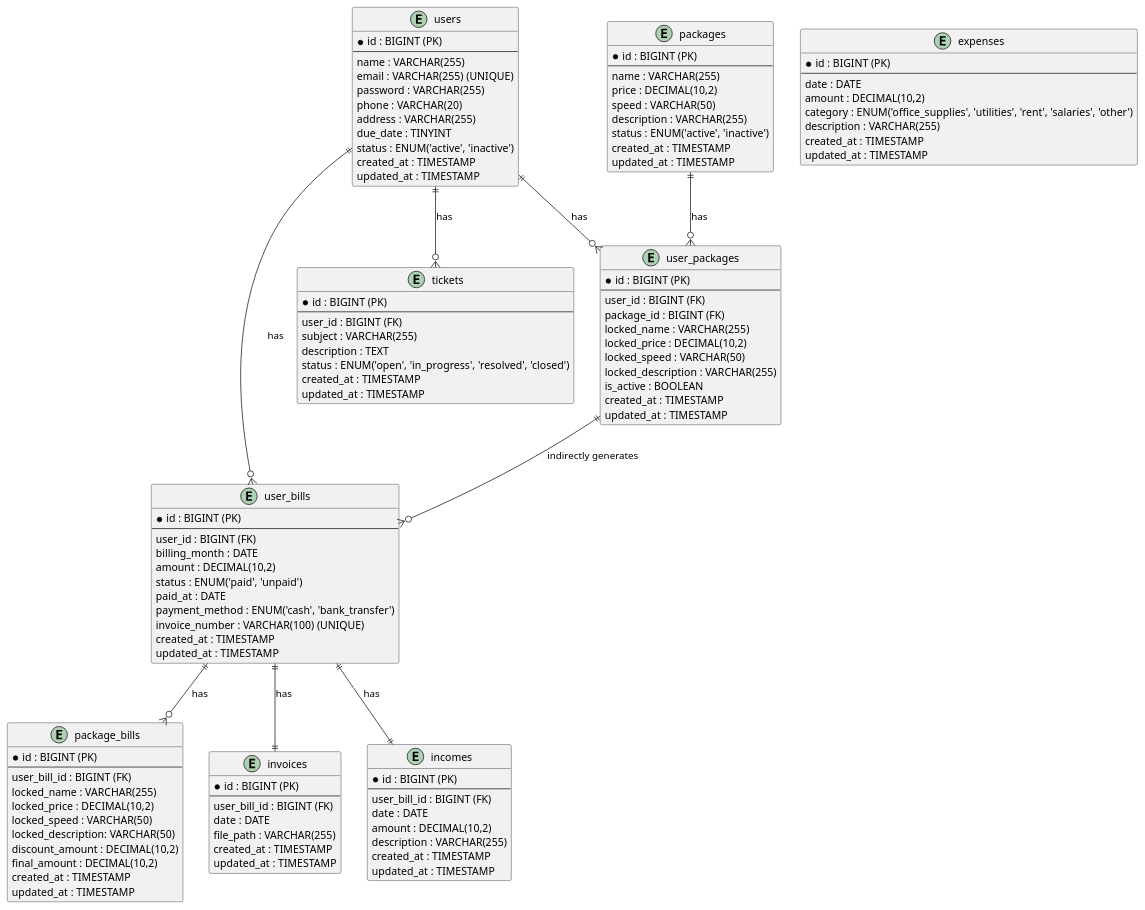
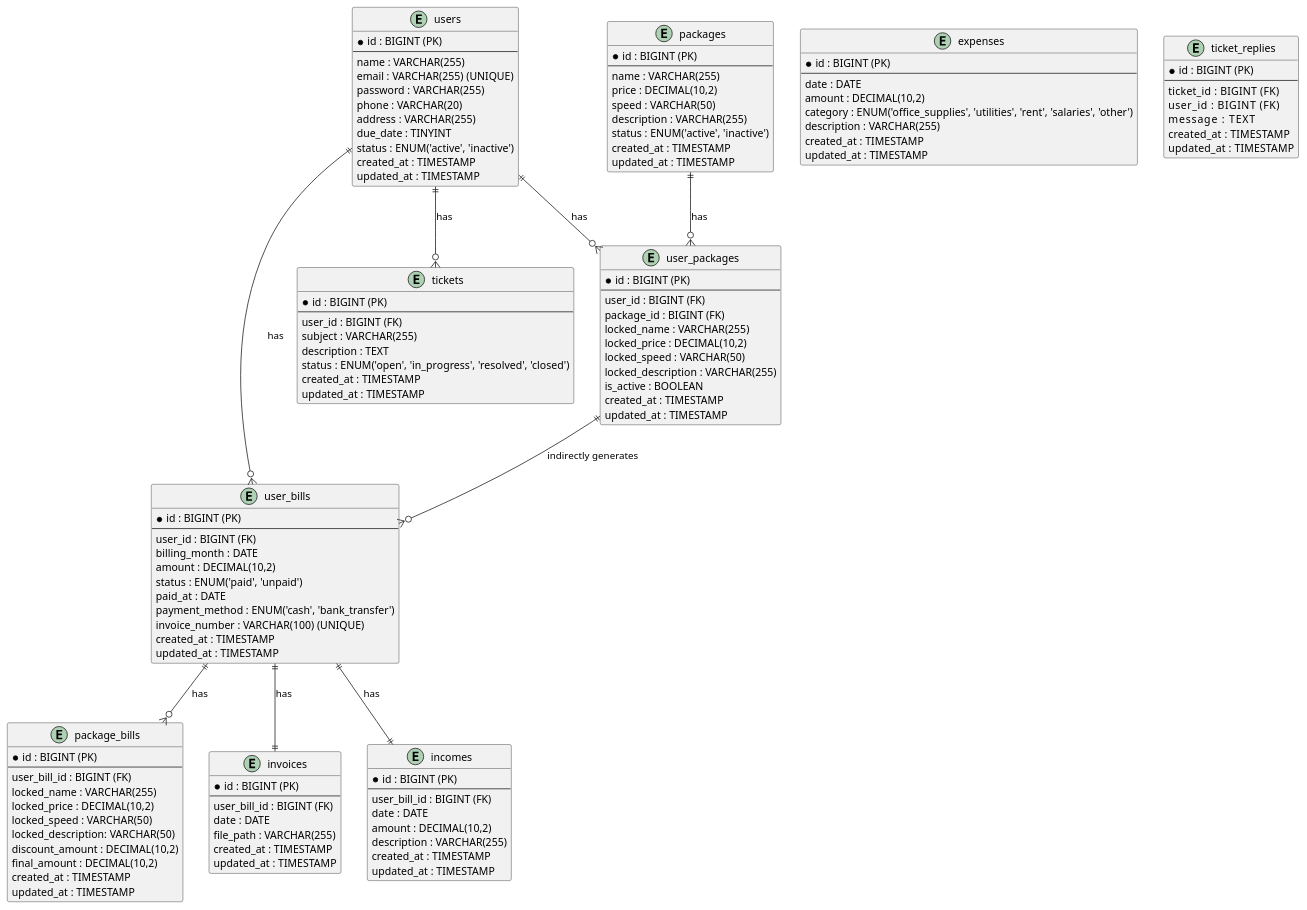
Before and after one commit to glhrzk/billing-service-project: the diagram in billing_database_structure.puml, drawn with PlantUML. The commit also changed 53 other files, not shown here.

```diff
--- a/billing_database_structure.puml
+++ b/billing_database_structure.puml
@@ -1,123 +1,133 @@
 @startuml
 
 entity users {
   * id : BIGINT (PK)
   --
   name : VARCHAR(255)
   email : VARCHAR(255) (UNIQUE)
   password : VARCHAR(255)
   phone : VARCHAR(20)
   address : VARCHAR(255)
   due_date : TINYINT
   status : ENUM('active', 'inactive')
   created_at : TIMESTAMP
   updated_at : TIMESTAMP
 }
 
 entity packages {
   * id : BIGINT (PK)
   --
   name : VARCHAR(255)
   price : DECIMAL(10,2)
   speed : VARCHAR(50)
   description : VARCHAR(255)
   status : ENUM('active', 'inactive')
   created_at : TIMESTAMP
   updated_at : TIMESTAMP
 }
 
 entity user_packages {
   * id : BIGINT (PK)
   --
   user_id : BIGINT (FK)
   package_id : BIGINT (FK)
   locked_name : VARCHAR(255)
   locked_price : DECIMAL(10,2)
   locked_speed : VARCHAR(50)
   locked_description : VARCHAR(255)
   is_active : BOOLEAN
   created_at : TIMESTAMP
   updated_at : TIMESTAMP
 }
 
 entity user_bills {
   * id : BIGINT (PK)
   --
   user_id : BIGINT (FK)
   billing_month : DATE
   amount : DECIMAL(10,2)
   status : ENUM('paid', 'unpaid')
   paid_at : DATE
   payment_method : ENUM('cash', 'bank_transfer')
   invoice_number : VARCHAR(100) (UNIQUE)
   created_at : TIMESTAMP
   updated_at : TIMESTAMP
 }
 
 entity package_bills {
   * id : BIGINT (PK)
   --
   user_bill_id : BIGINT (FK)
   locked_name : VARCHAR(255)
   locked_price : DECIMAL(10,2)
   locked_speed : VARCHAR(50)
   locked_description: VARCHAR(50)
   discount_amount : DECIMAL(10,2)
   final_amount : DECIMAL(10,2)
   created_at : TIMESTAMP
   updated_at : TIMESTAMP
 }
 
 entity invoices {
   * id : BIGINT (PK)
   --
   user_bill_id : BIGINT (FK)
   date : DATE
   file_path : VARCHAR(255)
   created_at : TIMESTAMP
   updated_at : TIMESTAMP
 }
 
 entity incomes {
   * id : BIGINT (PK)
   --
   user_bill_id : BIGINT (FK)
   date : DATE
   amount : DECIMAL(10,2)
   description : VARCHAR(255)
   created_at : TIMESTAMP
   updated_at : TIMESTAMP
 }
 
 entity expenses {
   * id : BIGINT (PK)
   --
   date : DATE
   amount : DECIMAL(10,2)
   category : ENUM('office_supplies', 'utilities', 'rent', 'salaries', 'other')
   description : VARCHAR(255)
   created_at : TIMESTAMP
   updated_at : TIMESTAMP
 }
 
 entity tickets {
   * id : BIGINT (PK)
   --
   user_id : BIGINT (FK)
   subject : VARCHAR(255)
   description : TEXT
   status : ENUM('open', 'in_progress', 'resolved', 'closed')
   created_at : TIMESTAMP
   updated_at : TIMESTAMP
 }
 
+entity ticket_replies {
+  * id : BIGINT (PK)
+  --
+  ticket_id   : BIGINT (FK)
+  user_id     : BIGINT (FK)
+  message     : TEXT
+  created_at  : TIMESTAMP
+  updated_at  : TIMESTAMP
+}
+
 users ||--o{ user_packages : has
 packages ||--o{ user_packages : has
 users ||--o{ user_bills : has
 user_packages ||--o{ user_bills : indirectly generates
 user_bills ||--o{ package_bills : has
 user_bills ||--|| invoices : has
 user_bills ||--|| incomes : has
 users ||--o{ tickets : has
 
 @enduml
```
